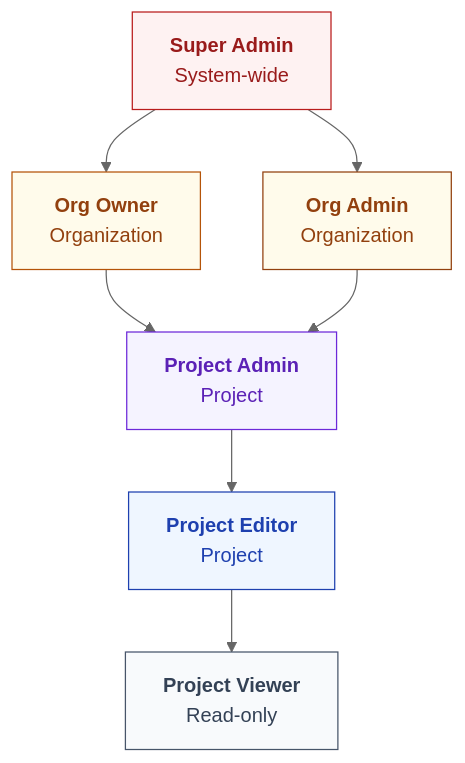
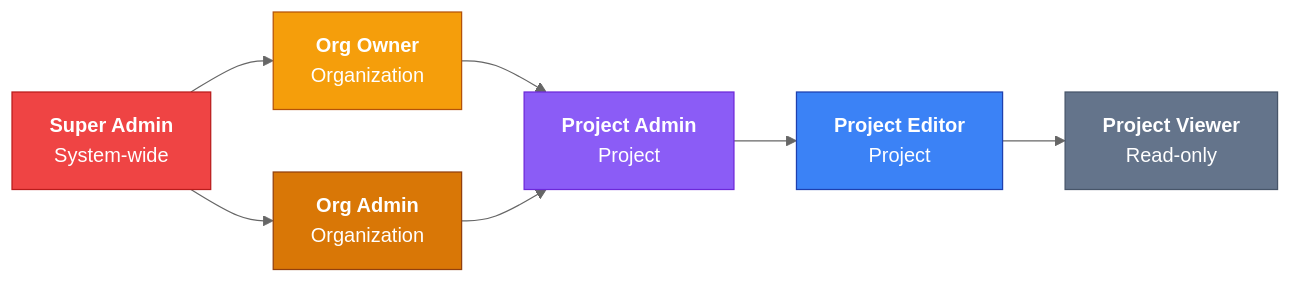
One commit to supercheck-io/supercheck changed the diagram in docs/content/docs/app/admin/roles-and-permissions.mdx. Above: the diagram before and after it, drawn with Mermaid (neutral theme). The commit also changed 17 other files, not shown here.

First line of the commit message:
docs: restore original colors, add AI SRE to architecture, reorganize + multi-color diagrams (#310)

````diff
--- a/docs/content/docs/app/admin/roles-and-permissions.mdx
+++ b/docs/content/docs/app/admin/roles-and-permissions.mdx
@@ -26,23 +26,16 @@
 ```mermaid
-graph TD
-    SA["<b>Super Admin</b><br/>System-wide"]
-    OO["<b>Org Owner</b><br/>Organization"]
-    OA["<b>Org Admin</b><br/>Organization"]
-    PA["<b>Project Admin</b><br/>Project"]
-    PE["<b>Project Editor</b><br/>Project"]
-    PV["<b>Project Viewer</b><br/>Read-only"]
+flowchart LR
+    SA["<b>Super Admin</b><br/>System-wide"] --> OO["<b>Org Owner</b><br/>Organization"]
+    SA --> OA["<b>Org Admin</b><br/>Organization"]
+    OO --> PA["<b>Project Admin</b><br/>Project"]
+    OA --> PA
+    PA --> PE["<b>Project Editor</b><br/>Project"]
+    PE --> PV["<b>Project Viewer</b><br/>Read-only"]
 
-    SA --> OO
-    SA --> OA
-    OO --> PA
-    OA --> PA
-    PA --> PE
-    PE --> PV
-
-    style SA fill:#fef2f2,stroke:#b91c1c,color:#991b1b
-    style OO fill:#fffbeb,stroke:#b45309,color:#92400e
-    style OA fill:#fffbeb,stroke:#92400e,color:#92400e
-    style PA fill:#f5f3ff,stroke:#6d28d9,color:#5b21b6
-    style PE fill:#eff6ff,stroke:#1e40af,color:#1e40af
-    style PV fill:#f8fafc,stroke:#475569,color:#334155
+    style SA fill:#ef4444,stroke:#b91c1c,color:#fff
+    style OO fill:#f59e0b,stroke:#b45309,color:#fff
+    style OA fill:#d97706,stroke:#92400e,color:#fff
+    style PA fill:#8b5cf6,stroke:#6d28d9,color:#fff
+    style PE fill:#3b82f6,stroke:#1e40af,color:#fff
+    style PV fill:#64748b,stroke:#475569,color:#fff
 ```
````
